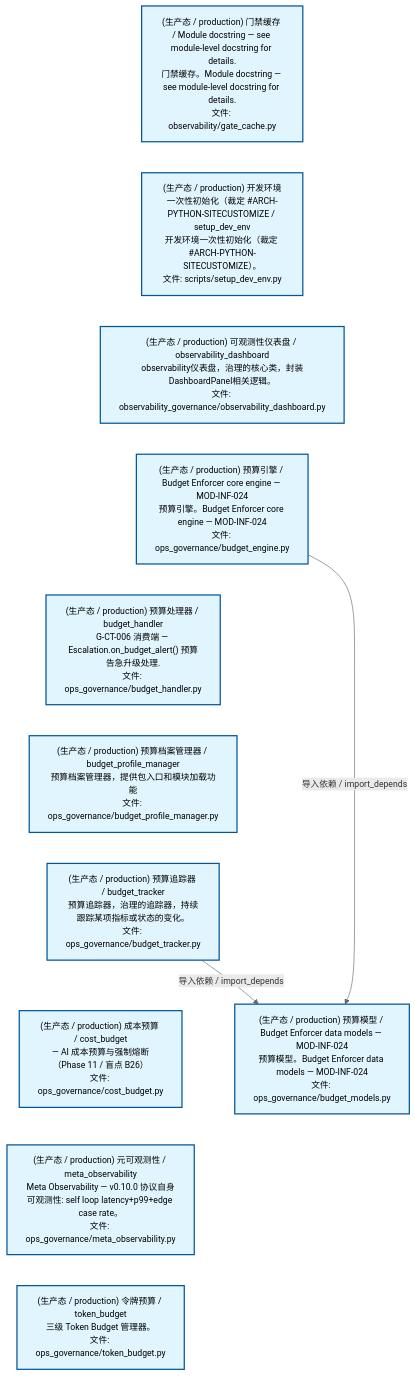
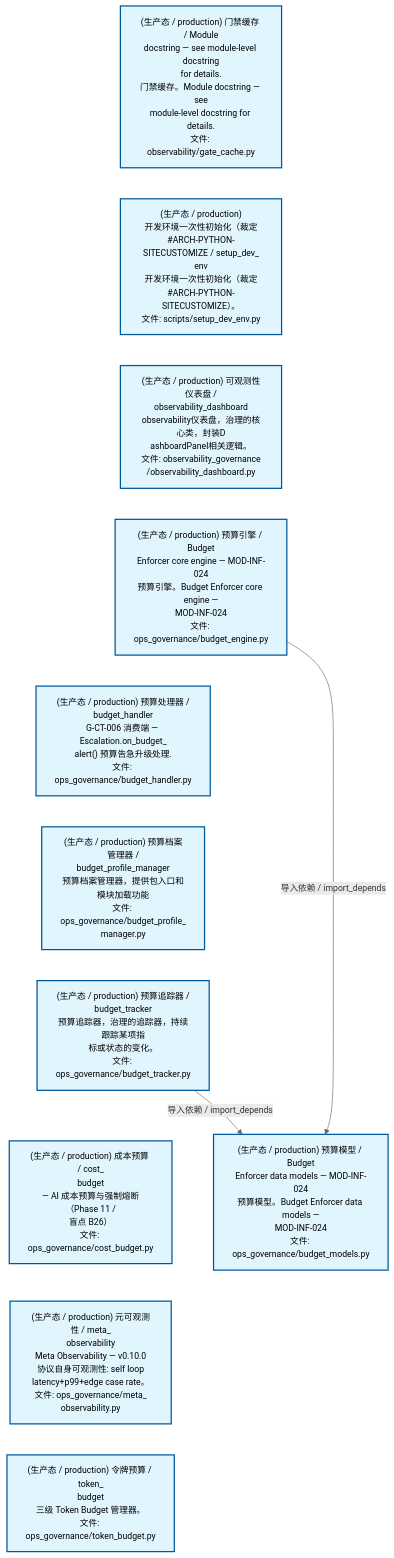
One commit to xuanFelixVan/ZephyrAlpha changed the second of 3 diagrams in docs/02_enterprise_architecture/02_domain_architecture_docs/24_d_ops.md. Above: the diagram before and after it, drawn with Mermaid. The commit also changed other lines of this file and 59 other files, not shown here.

````diff
--- a/docs/02_enterprise_architecture/02_domain_architecture_docs/24_d_ops.md
+++ b/docs/02_enterprise_architecture/02_domain_architecture_docs/24_d_ops.md
@@ -125,31 +125,31 @@
 ```mermaid
 %%{init: {'theme': 'base', 'themeVariables': {'primaryColor': '#eaeaea', 'primaryTextColor': '#333333', 'primaryBorderColor': '#666666', 'lineColor': '#666666', 'secondaryColor': '#eaeaea', 'tertiaryColor': '#eaeaea', 'fontSize': '14px'}}}%%
 flowchart TD
-    scripts_governance_observability_gate_cache_py["(生产态 / production) 门禁缓存 / Module docstring — see module-level docstring for details.<br/>门禁缓存。Module docstring — see module-level docstring for details.<br/>文件: observability/gate_cache.py"]
-    scripts_setup_dev_env_py["(生产态 / production) 开发环境一次性初始化（裁定 #ARCH-PYTHON-SITECUSTOMIZE / setup_dev_env<br/>开发环境一次性初始化（裁定 #ARCH-PYTHON-SITECUSTOMIZE）。<br/>文件: scripts/setup_dev_env.py"]
-    src_zephyr_governance_observability_governance_observability_dashboard_py["(生产态 / production) 可观测性仪表盘 / observability_dashboard<br/>observability仪表盘，治理的核心类，封装DashboardPanel相关逻辑。<br/>文件: observability_governance/observability_dashboard.py"]
-    src_zephyr_governance_ops_governance_budget_engine_py["(生产态 / production) 预算引擎 / Budget Enforcer core engine — MOD-INF-024<br/>预算引擎。Budget Enforcer core engine — MOD-INF-024<br/>文件: ops_governance/budget_engine.py"]
-    src_zephyr_governance_ops_governance_budget_handler_py["(生产态 / production) 预算处理器 / budget_handler<br/>G-CT-006 消费端 — Escalation.on_budget_alert() 预算告急升级处理.<br/>文件: ops_governance/budget_handler.py"]
-    src_zephyr_governance_ops_governance_budget_profile_manager_py["(生产态 / production) 预算档案管理器 / budget_profile_manager<br/>预算档案管理器，提供包入口和模块加载功能<br/>文件: ops_governance/budget_profile_manager.py"]
-    src_zephyr_governance_ops_governance_budget_tracker_py["(生产态 / production) 预算追踪器 / budget_tracker<br/>预算追踪器，治理的追踪器，持续跟踪某项指标或状态的变化。<br/>文件: ops_governance/budget_tracker.py"]
-    src_zephyr_governance_ops_governance_cost_budget_py["(生产态 / production) 成本预算 / cost_budget<br/>— AI 成本预算与强制熔断（Phase 11 / 盲点 B26）<br/>文件: ops_governance/cost_budget.py"]
-    src_zephyr_governance_ops_governance_meta_observability_py["(生产态 / production) 元可观测性 / meta_observability<br/>Meta Observability — v0.10.0 协议自身可观测性: self loop latency+p99+edge case rate。<br/>文件: ops_governance/meta_observability.py"]
-    src_zephyr_governance_ops_governance_token_budget_py["(生产态 / production) 令牌预算 / token_budget<br/>三级 Token Budget 管理器。<br/>文件: ops_governance/token_budget.py"]
+    scripts_governance_observability_gate_cache_py["(生产态 / production) 门禁缓存 / Module<br/>docstring — see module-level docstring<br/>for details.<br/>门禁缓存。Module docstring — see<br/>module-level docstring for details.<br/>文件: observability/gate_cache.py"]
+    scripts_setup_dev_env_py["(生产态 / production)<br/>开发环境一次性初始化（裁定<br/>#ARCH-PYTHON-SITECUSTOMIZE / setup_dev_<br/>env<br/>开发环境一次性初始化（裁定<br/>#ARCH-PYTHON-SITECUSTOMIZE）。<br/>文件: scripts/setup_dev_env.py"]
+    src_zephyr_governance_observability_governance_observability_dashboard_py["(生产态 / production) 可观测性仪表盘 /<br/>observability_dashboard<br/>observability仪表盘，治理的核心类，封装D<br/>ashboardPanel相关逻辑。<br/>文件: observability_governance<br/>/observability_dashboard.py"]
+    src_zephyr_governance_ops_governance_budget_engine_py["(生产态 / production) 预算引擎 / Budget<br/>Enforcer core engine — MOD-INF-024<br/>预算引擎。Budget Enforcer core engine —<br/>MOD-INF-024<br/>文件: ops_governance/budget_engine.py"]
+    src_zephyr_governance_ops_governance_budget_handler_py["(生产态 / production) 预算处理器 /<br/>budget_handler<br/>G-CT-006 消费端 — Escalation.on_budget_<br/>alert() 预算告急升级处理.<br/>文件: ops_governance/budget_handler.py"]
+    src_zephyr_governance_ops_governance_budget_profile_manager_py["(生产态 / production) 预算档案管理器 /<br/>budget_profile_manager<br/>预算档案管理器，提供包入口和模块加载功能<br/>文件: ops_governance/budget_profile_<br/>manager.py"]
+    src_zephyr_governance_ops_governance_budget_tracker_py["(生产态 / production) 预算追踪器 /<br/>budget_tracker<br/>预算追踪器，治理的追踪器，持续跟踪某项指<br/>标或状态的变化。<br/>文件: ops_governance/budget_tracker.py"]
+    src_zephyr_governance_ops_governance_cost_budget_py["(生产态 / production) 成本预算 / cost_<br/>budget<br/>— AI 成本预算与强制熔断（Phase 11 /<br/>盲点 B26）<br/>文件: ops_governance/cost_budget.py"]
+    src_zephyr_governance_ops_governance_meta_observability_py["(生产态 / production) 元可观测性 / meta_<br/>observability<br/>Meta Observability — v0.10.0<br/>协议自身可观测性: self loop<br/>latency+p99+edge case rate。<br/>文件: ops_governance/meta_<br/>observability.py"]
+    src_zephyr_governance_ops_governance_token_budget_py["(生产态 / production) 令牌预算 / token_<br/>budget<br/>三级 Token Budget 管理器。<br/>文件: ops_governance/token_budget.py"]
     scripts_governance_observability_gate_cache_py ~~~ scripts_setup_dev_env_py
     scripts_setup_dev_env_py ~~~ src_zephyr_governance_observability_governance_observability_dashboard_py
     src_zephyr_governance_observability_governance_observability_dashboard_py ~~~ src_zephyr_governance_ops_governance_budget_engine_py
     src_zephyr_governance_ops_governance_budget_engine_py ~~~ src_zephyr_governance_ops_governance_budget_handler_py
     src_zephyr_governance_ops_governance_budget_handler_py ~~~ src_zephyr_governance_ops_governance_budget_profile_manager_py
     src_zephyr_governance_ops_governance_budget_profile_manager_py ~~~ src_zephyr_governance_ops_governance_budget_tracker_py
     src_zephyr_governance_ops_governance_budget_tracker_py ~~~ src_zephyr_governance_ops_governance_cost_budget_py
     src_zephyr_governance_ops_governance_cost_budget_py ~~~ src_zephyr_governance_ops_governance_meta_observability_py
     src_zephyr_governance_ops_governance_meta_observability_py ~~~ src_zephyr_governance_ops_governance_token_budget_py
-    src_zephyr_governance_ops_governance_budget_models_py["(生产态 / production) 预算模型 / Budget Enforcer data models — MOD-INF-024<br/>预算模型。Budget Enforcer data models — MOD-INF-024<br/>文件: ops_governance/budget_models.py"]
+    src_zephyr_governance_ops_governance_budget_models_py["(生产态 / production) 预算模型 / Budget<br/>Enforcer data models — MOD-INF-024<br/>预算模型。Budget Enforcer data models —<br/>MOD-INF-024<br/>文件: ops_governance/budget_models.py"]
     src_zephyr_governance_ops_governance_budget_engine_py -->|导入依赖 / import_depends| src_zephyr_governance_ops_governance_budget_models_py
     src_zephyr_governance_ops_governance_budget_tracker_py -->|导入依赖 / import_depends| src_zephyr_governance_ops_governance_budget_models_py
     classDef production fill:#e1f5fe,stroke:#01579b,stroke-width:2px,color:#000
     classDef design fill:#fff3e0,stroke:#e65100,stroke-width:2px,color:#000,stroke-dasharray: 5 5
     classDef external_prod fill:#e8f4fd,stroke:#0277bd,stroke-width:1px,color:#000
     classDef external_design fill:#fff8e7,stroke:#ef6c00,stroke-width:1px,color:#000,stroke-dasharray: 5 5
     class scripts_governance_observability_gate_cache_py,scripts_setup_dev_env_py,src_zephyr_governance_observability_governance_observability_dashboard_py,src_zephyr_governance_ops_governance_budget_engine_py,src_zephyr_governance_ops_governance_budget_handler_py,src_zephyr_governance_ops_governance_budget_models_py,src_zephyr_governance_ops_governance_budget_profile_manager_py,src_zephyr_governance_ops_governance_budget_tracker_py,src_zephyr_governance_ops_governance_cost_budget_py,src_zephyr_governance_ops_governance_meta_observability_py,src_zephyr_governance_ops_governance_token_budget_py production
 ```
````
